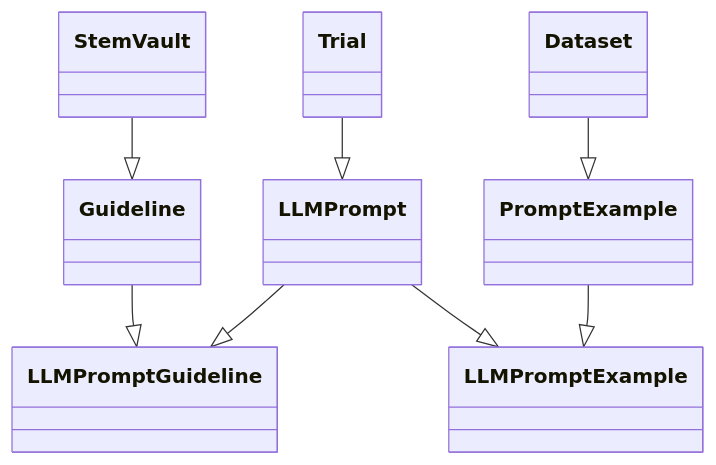
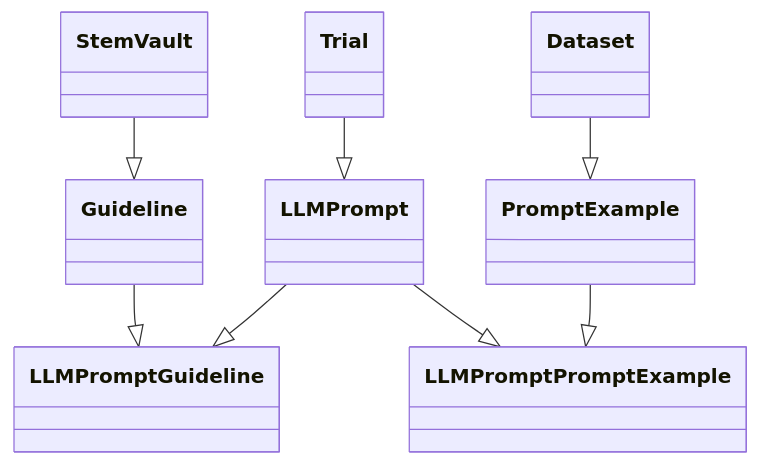
The third of 5 diagrams in services/QuillLMS/engines/evidence/app/models/evidence/research/readme.md (empirical-org/Empirical-Core), drawn with Mermaid before and after one commit. The commit also changed other lines of this file and 105 other files, not shown here.

First line of the commit message:
GenAI Reorg Part 8:  Update Trial and LLMPrompt schemas (#11963)

````diff
--- a/services/QuillLMS/engines/evidence/app/models/evidence/research/readme.md
+++ b/services/QuillLMS/engines/evidence/app/models/evidence/research/readme.md
@@ -74,10 +78,10 @@
 ```mermaid
 classDiagram
     StemVault --|> Guideline
     Guideline --|> LLMPromptGuideline
     LLMPrompt --|> LLMPromptGuideline
-    LLMPrompt --|> LLMPromptExample
+    LLMPrompt --|> LLMPromptPromptExample
     Dataset --|> PromptExample
-    PromptExample --|> LLMPromptExample
+    PromptExample --|> LLMPromptPromptExample
     Trial --|> LLMPrompt
 ```
````
